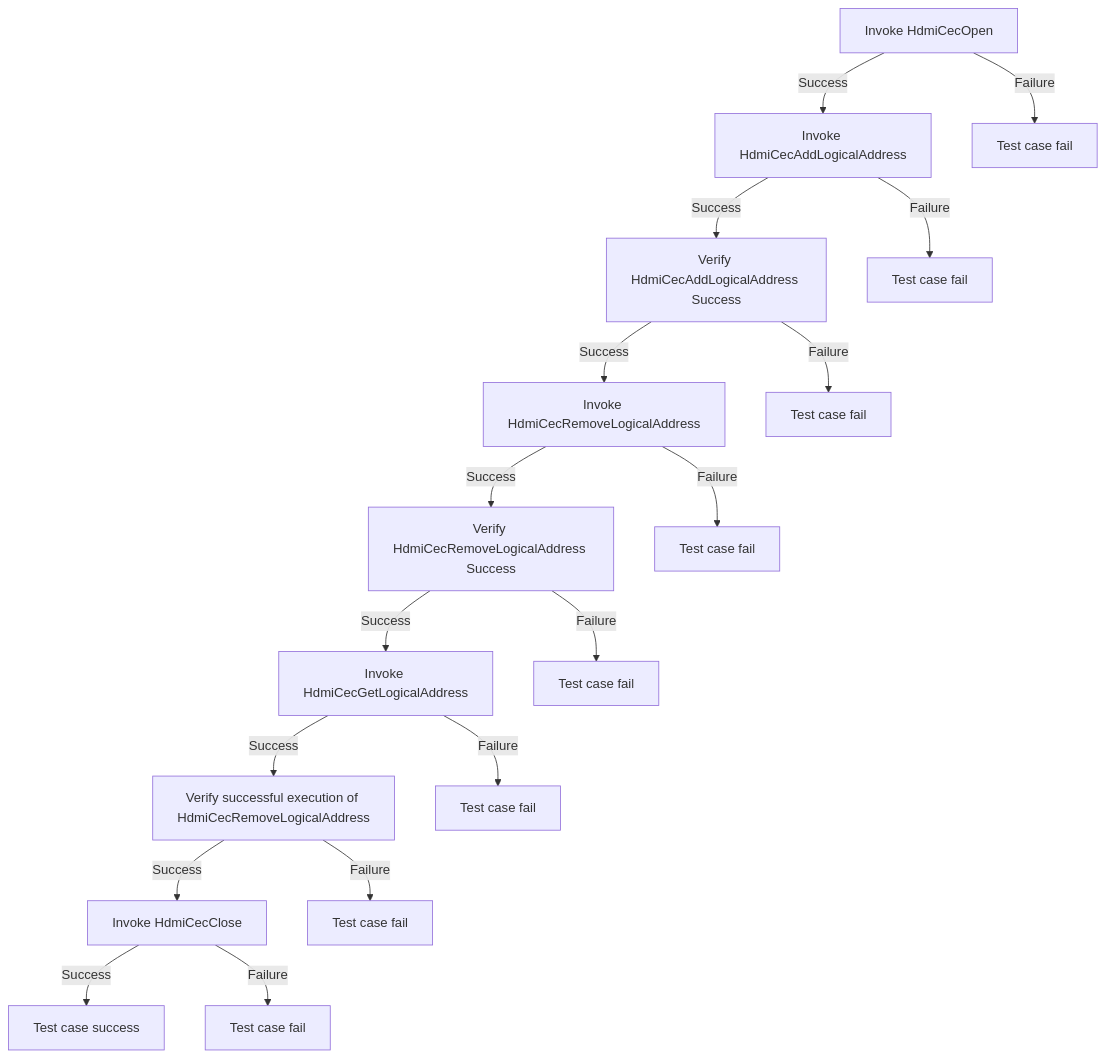
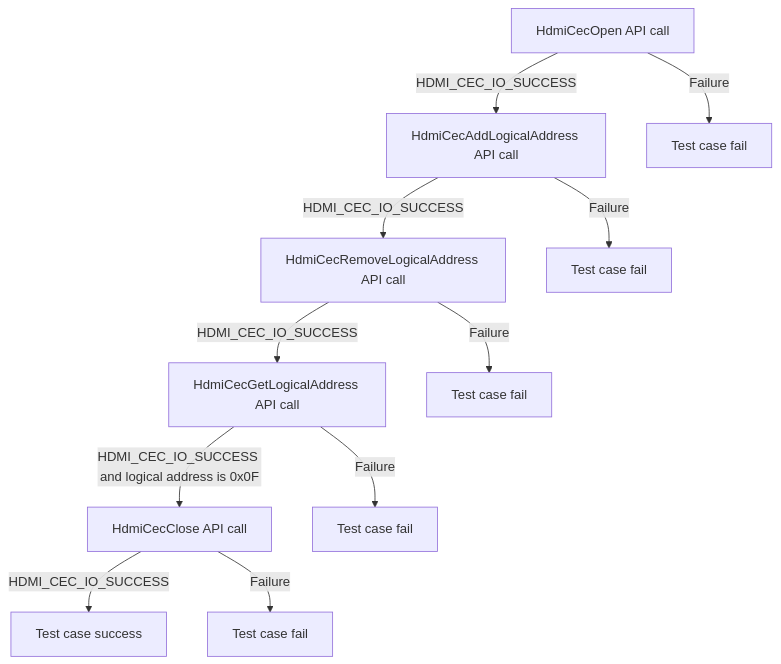
The third of 6 diagrams in docs/pages/l2_hdmi_cec_driver_test_specification.md (rdkcentral/rdk-halif-test-hdmi_cec), drawn with Mermaid before and after one commit. The commit also changed other lines of this file and 5 other files, not shown here.

Commit message:
Develop HDMI CEC L2 test suite Modified test suite based on new MD file

````diff
--- a/docs/pages/l2_hdmi_cec_driver_test_specification.md
+++ b/docs/pages/l2_hdmi_cec_driver_test_specification.md
@@ -110,19 +168,13 @@
 ```mermaid
 graph TB
-    A[Invoke HdmiCecOpen] -->|Success| B[Invoke HdmiCecAddLogicalAddress]
-    A -->|Failure| AFail[Test case fail]
-    B -->|Success| C[Verify HdmiCecAddLogicalAddress Success]
-    B -->|Failure| BFail[Test case fail]
-    C -->|Success| D[Invoke HdmiCecRemoveLogicalAddress]
-    C -->|Failure| CFail[Test case fail]
-    D -->|Success| E[Verify HdmiCecRemoveLogicalAddress Success]
-    D -->|Failure| DFail[Test case fail]
-    E -->|Success| F[Invoke HdmiCecGetLogicalAddress]
-    E -->|Failure| EFail[Test case fail]
-    F -->|Success| G[Verify successful execution of HdmiCecRemoveLogicalAddress]
-    F -->|Failure| FFail[Test case fail]
-    G -->|Success| H[Invoke HdmiCecClose]
-    G -->|Failure| GFail[Test case fail]
-    H -->|Success| I[Test case success]
-    H -->|Failure| HFail[Test case fail]
+A[HdmiCecOpen API call] -->|HDMI_CEC_IO_SUCCESS| B[HdmiCecAddLogicalAddress API call]
+A -->|Failure| A1[Test case fail]
+B -->|HDMI_CEC_IO_SUCCESS| C[HdmiCecRemoveLogicalAddress API call]
+B -->|Failure| B1[Test case fail]
+C -->|HDMI_CEC_IO_SUCCESS| D[HdmiCecGetLogicalAddress API call]
+C -->|Failure| C1[Test case fail]
+D -->|HDMI_CEC_IO_SUCCESS and logical address is 0x0F| E[HdmiCecClose API call]
+D -->|Failure| D1[Test case fail]
+E -->|HDMI_CEC_IO_SUCCESS| F[Test case success]
+E -->|Failure| E1[Test case fail]
 ```
````
